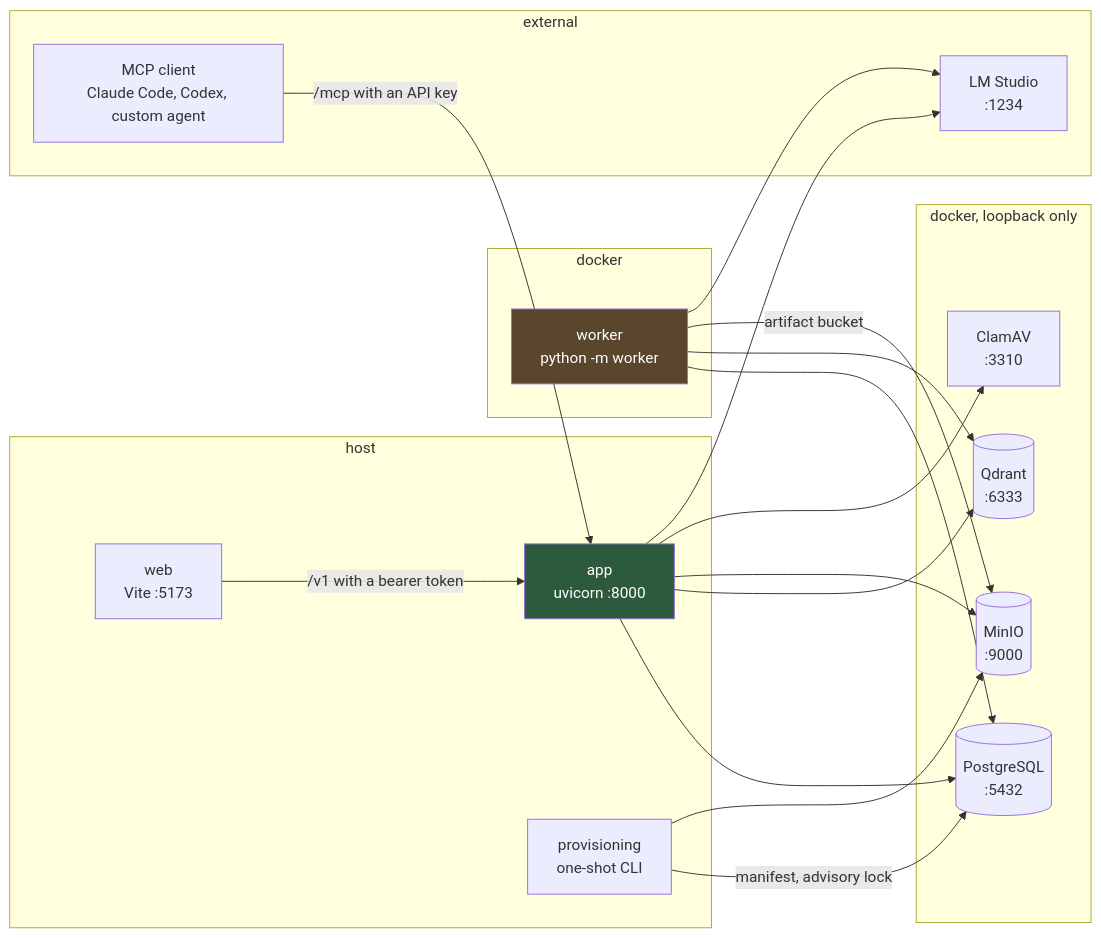
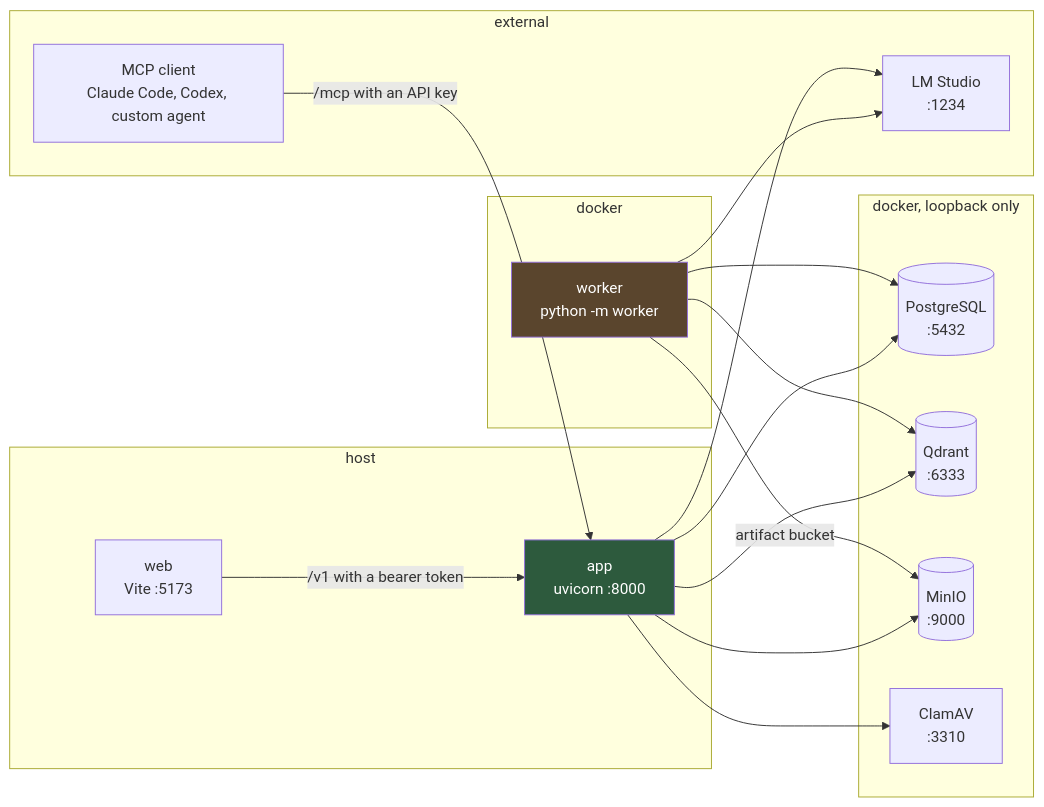
One commit to unedtamps/retriv changed the first of 9 diagrams in README.md. Above: the diagram before and after it, drawn with Mermaid. The commit also changed other lines of this file and 19 other files, not shown here.

````diff
--- a/README.md
+++ b/README.md
@@ -17,38 +16,35 @@
 ```mermaid
 flowchart LR
     subgraph host["host"]
         W["web<br/>Vite :5173"]
         A["app<br/>uvicorn :8000"]
-        P["provisioning<br/>one-shot CLI"]
     end
     subgraph docker["docker"]
         K["worker<br/>python -m worker"]
     end
     subgraph data["docker, loopback only"]
         DB[("PostgreSQL<br/>:5432")]
         Q[("Qdrant<br/>:6333")]
         M[("MinIO<br/>:9000")]
         C["ClamAV<br/>:3310"]
     end
     subgraph external["external"]
         L["LM Studio<br/>:1234"]
         X["MCP client<br/>Claude Code, Codex, custom agent"]
     end
 
     W -->|"/v1 with a bearer token"| A
     X -->|"/mcp with an API key"| A
     A --> DB
     A --> Q
     A --> M
     A --> C
     K --> DB
     K --> Q
     K -->|artifact bucket| M
     K --> L
     A --> L
-    P -->|manifest, advisory lock| DB
-    P --> M
 
     style A fill:#2d5a3d,color:#fff
     style K fill:#5a452d,color:#fff
 ```
````
